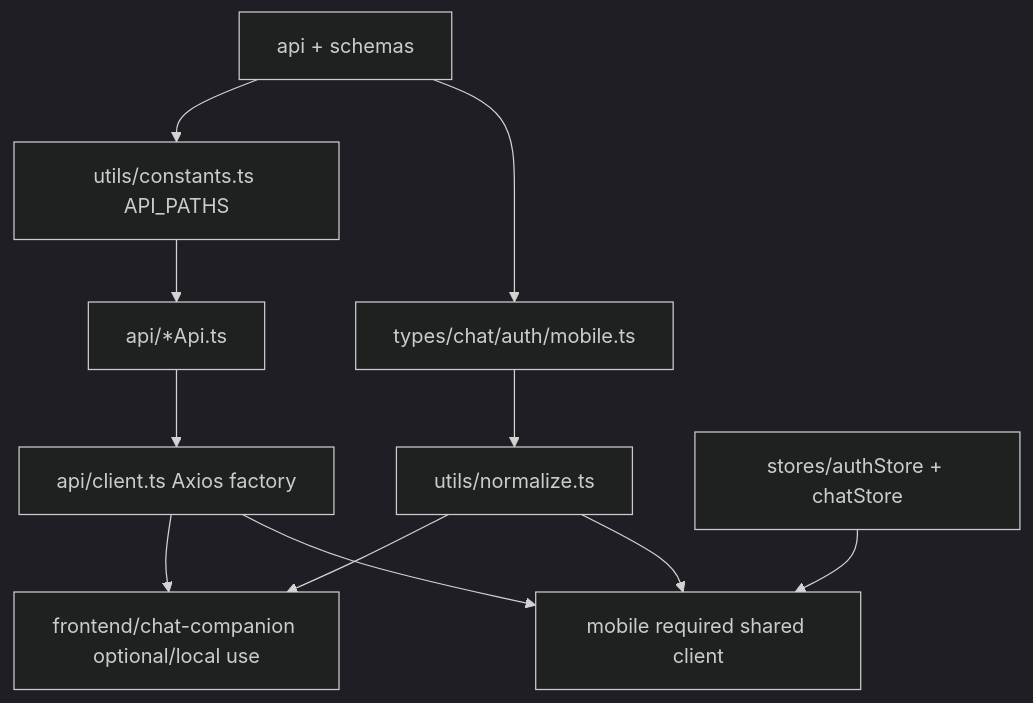
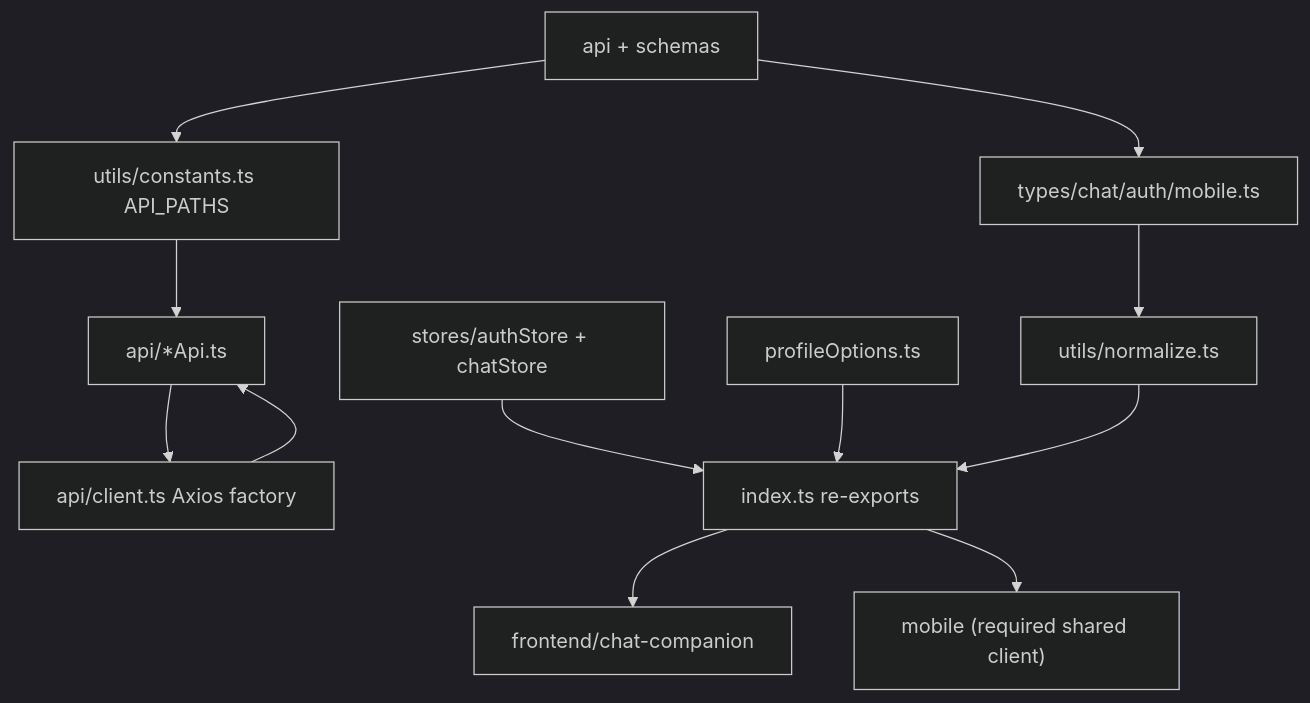
Before and after one commit to hoainam183/GR: the diagram in src/RAG_v2/packages/MODULE.md, drawn with Mermaid (dark theme). The commit also changed other lines of this file and 50 other files, not shown here.

````diff
--- a/src/RAG_v2/packages/MODULE.md
+++ b/src/RAG_v2/packages/MODULE.md
@@ -91,13 +96,14 @@
 ```mermaid
 flowchart TD
   Backend["api + schemas"] --> Constants["utils/constants.ts API_PATHS"]
   Backend --> Types["types/chat/auth/mobile.ts"]
   Types --> Normalize["utils/normalize.ts"]
   Constants --> APIHelpers["api/*Api.ts"]
   APIHelpers --> Client["api/client.ts Axios factory"]
-  Client --> Web["frontend/chat-companion optional/local use"]
-  Client --> Mobile["mobile required shared client"]
-  Stores["stores/authStore + chatStore"] --> Mobile
-  Normalize --> Web
-  Normalize --> Mobile
+  Barrel["index.ts re-exports"] --> Web["frontend/chat-companion"]
+  Barrel --> Mobile["mobile (required shared client)"]
+  Client --> APIHelpers
+  Stores["stores/authStore + chatStore"] --> Barrel
+  Profile["profileOptions.ts"] --> Barrel
+  Normalize --> Barrel
 ```
````
